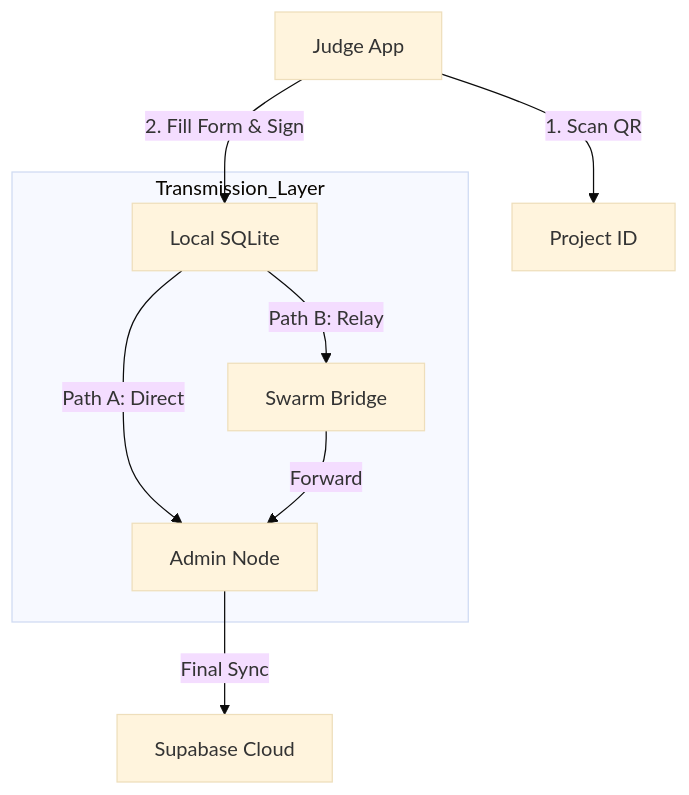
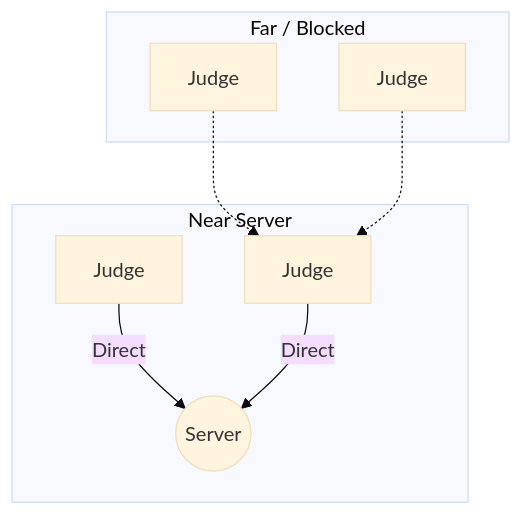
One commit to SKANL/Nodus_App changed the diagram in docs/01.Architecture.Vision.md. Above: the diagram before and after it, drawn with Mermaid (base theme). The commit also changed other lines of this file and 8 other files, not shown here.

````diff
--- a/docs/01.Architecture.Vision.md
+++ b/docs/01.Architecture.Vision.md
@@ -61,13 +42,14 @@
 ```mermaid
 graph TD
-    User[Judge App] -- 1. Scan QR --> Project[Project ID]
-    User -- 2. Fill Form & Sign --> DB[Local SQLite]
+    Server((Server))
 
-    subgraph Transmission_Layer
-        DB -- Path A: Direct --> Server[Admin Node]
-        DB -- Path B: Relay --> Bridge[Swarm Bridge]
-        Bridge -- Forward --> Server
+    subgraph Zone_A [Near Server]
+        J1[Judge] -- Direct --> Server
+        J2[Judge] -- Direct --> Server
     end
 
-    Server -- Final Sync --> Cloud[Supabase Cloud]
+    subgraph Zone_B [Far / Blocked]
+        J3[Judge] -.-> J2
+        J4[Judge] -.-> J2
+    end
 ```
````
